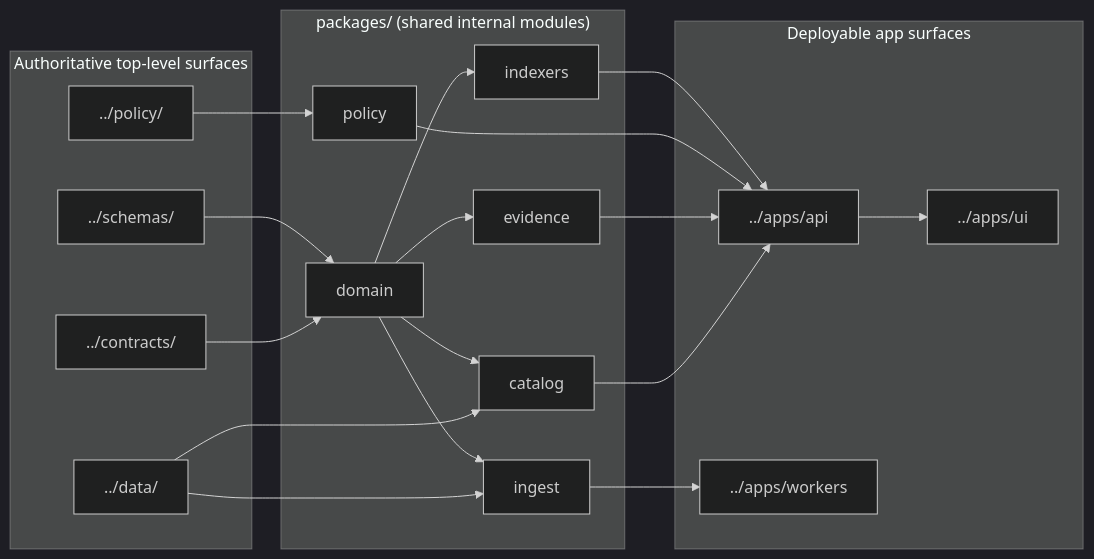
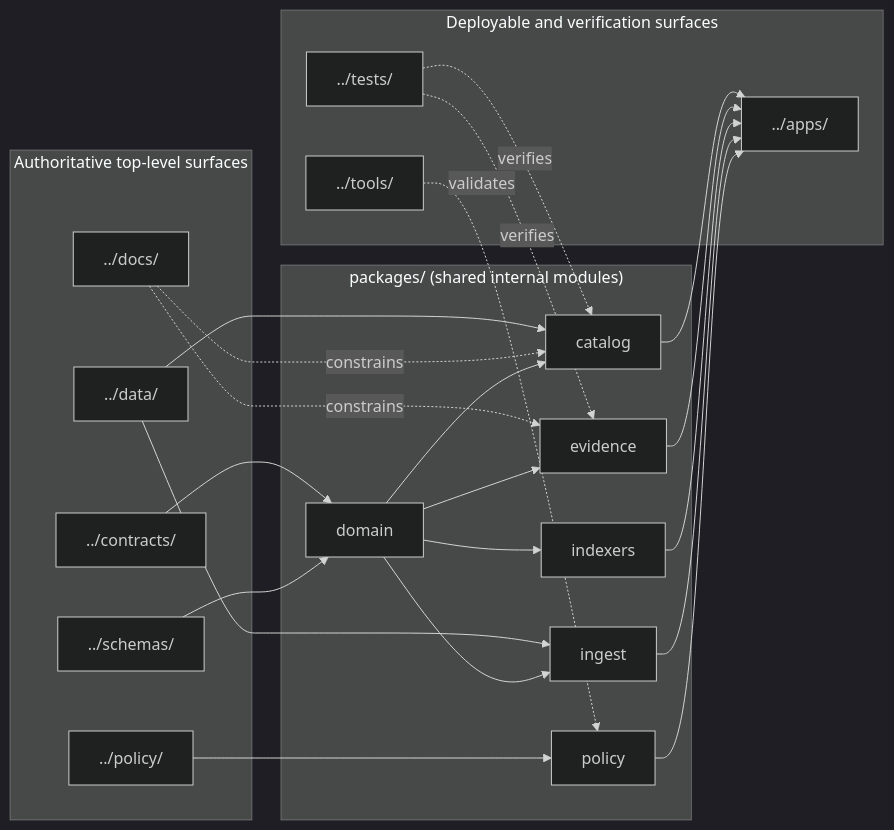
One commit to bartytime4life/Kansas-Frontier-Matrix changed the diagram in packages/README.md. Above: the diagram before and after it, drawn with Mermaid (dark theme). The commit also changed other lines of this file, not shown here.

````diff
--- a/packages/README.md
+++ b/packages/README.md
@@ -230,42 +271,48 @@
 ```mermaid
 flowchart LR
     subgraph Canonical["Authoritative top-level surfaces"]
         C1["../contracts/"]
         C2["../schemas/"]
         C3["../policy/"]
         C4["../data/"]
+        C5["../docs/"]
     end
 
     subgraph Packages["packages/ (shared internal modules)"]
-        P1["domain"]
-        P2["ingest"]
-        P3["catalog"]
-        P4["evidence"]
-        P5["policy"]
-        P6["indexers"]
+        P1["catalog"]
+        P2["domain"]
+        P3["evidence"]
+        P4["indexers"]
+        P5["ingest"]
+        P6["policy"]
     end
 
-    subgraph Deployable["Deployable app surfaces"]
-        A1["../apps/api"]
-        A2["../apps/ui"]
-        A3["../apps/workers"]
+    subgraph Consumers["Deployable and verification surfaces"]
+        A1["../apps/"]
+        A2["../tests/"]
+        A3["../tools/"]
     end
 
-    C1 --> P1
-    C2 --> P1
-    C3 --> P5
-    C4 --> P2
-    C4 --> P3
+    C1 --> P2
+    C2 --> P2
+    C3 --> P6
+    C4 --> P1
+    C4 --> P5
+    C5 -. constrains .-> P1
+    C5 -. constrains .-> P3
 
-    P1 --> P2
-    P1 --> P3
-    P1 --> P4
-    P1 --> P6
+    P2 --> P1
+    P2 --> P3
+    P2 --> P4
+    P2 --> P5
 
-    P2 --> A3
+    P1 --> A1
     P3 --> A1
     P4 --> A1
     P5 --> A1
     P6 --> A1
-    A1 --> A2
+
+    A2 -. verifies .-> P1
+    A2 -. verifies .-> P3
+    A3 -. validates .-> P6
 ```
````
